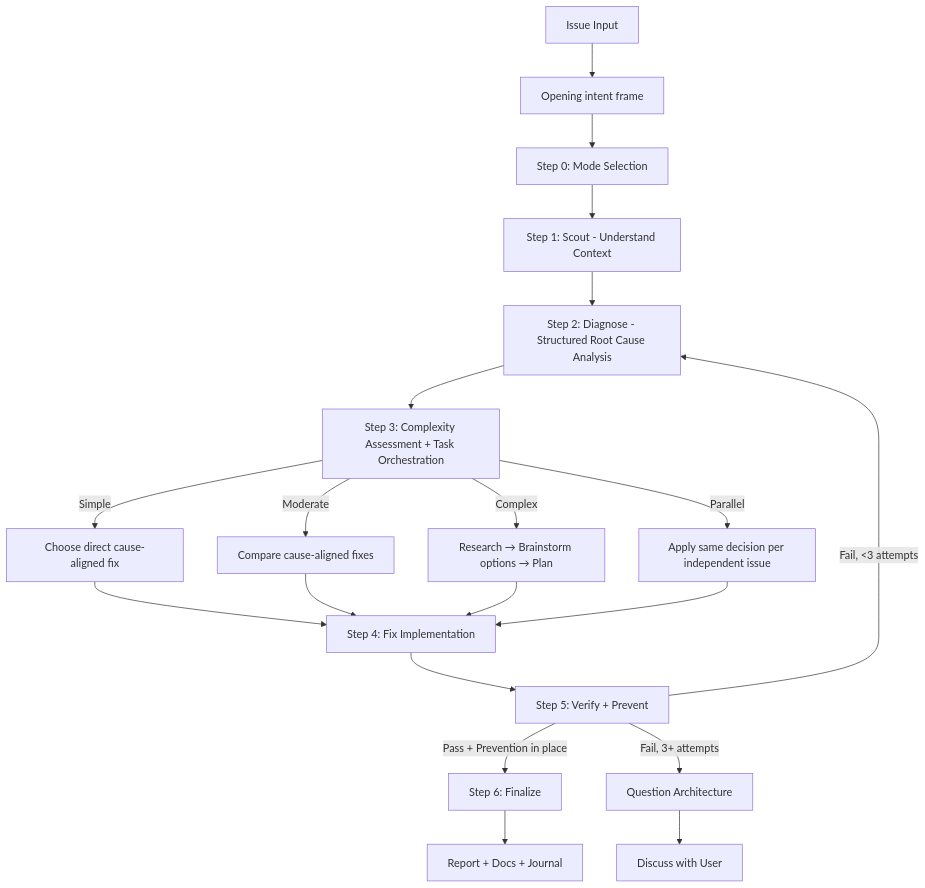
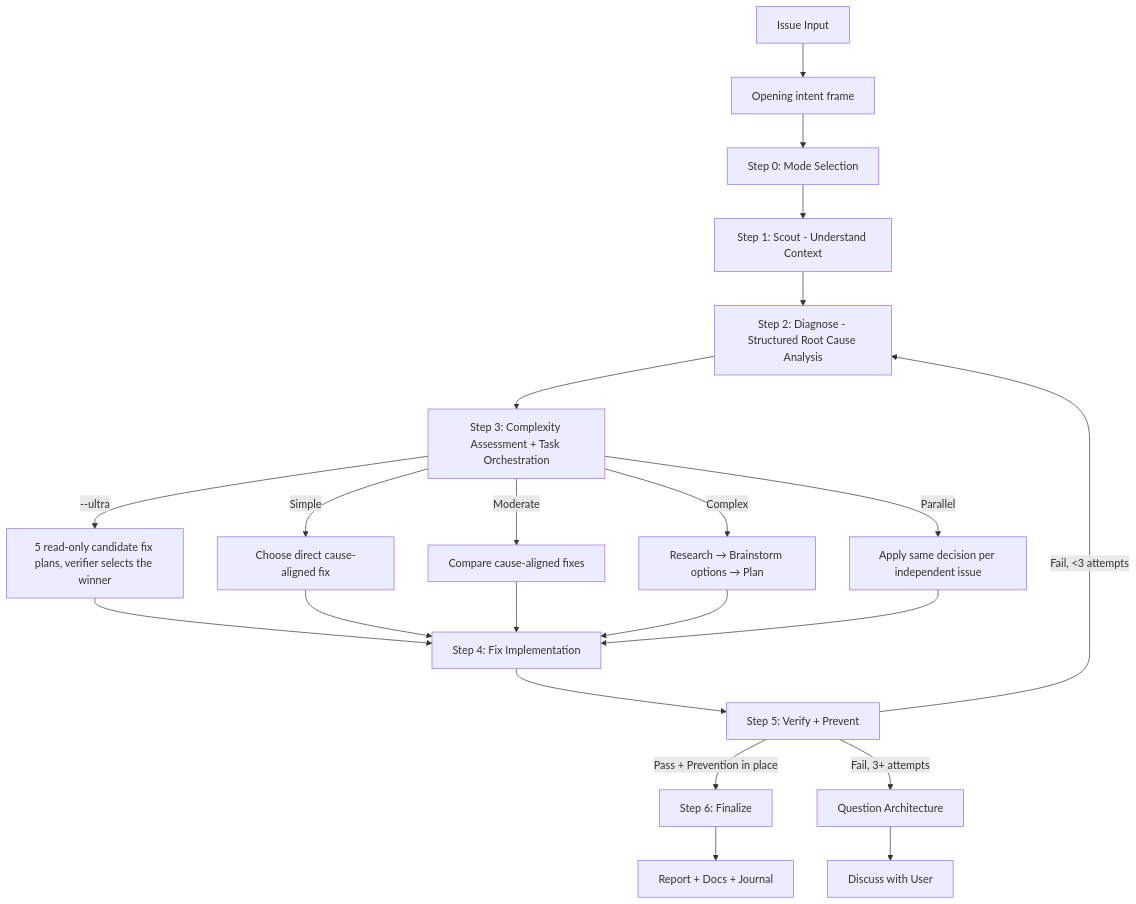
Before and after one commit to bavanchun/ariadnev-kit: the diagram in kit/skills/fix/SKILL.md, drawn with Mermaid. The commit also changed other lines of this file and 259 other files, not shown here.

````diff
--- a/kit/skills/fix/SKILL.md
+++ b/kit/skills/fix/SKILL.md
@@ -97,22 +97,23 @@
 ```mermaid
 flowchart TD
     A[Issue Input] --> A2[Opening intent frame]
     A2 --> B[Step 0: Mode Selection]
     B --> C[Step 1: Scout - Understand Context]
     C --> D[Step 2: Diagnose - Structured Root Cause Analysis]
     D --> E[Step 3: Complexity Assessment + Task Orchestration]
     E -->|Simple| F[Choose direct cause-aligned fix]
     E -->|Moderate| G[Compare cause-aligned fixes]
     E -->|Complex| H[Research → Brainstorm options → Plan]
     E -->|Parallel| I[Apply same decision per independent issue]
+    E -->|"--ultra"| U["5 read-only candidate fix plans, verifier selects the winner"] --> J
     F --> J[Step 4: Fix Implementation]
     G --> J
     H --> J
     I --> J
     J --> K[Step 5: Verify + Prevent]
     K -->|Pass + Prevention in place| L[Step 6: Finalize]
     K -->|Fail, <3 attempts| D
     K -->|Fail, 3+ attempts| M[Question Architecture]
     M --> N[Discuss with User]
     L --> O[Report + Docs + Journal]
 ```
````
